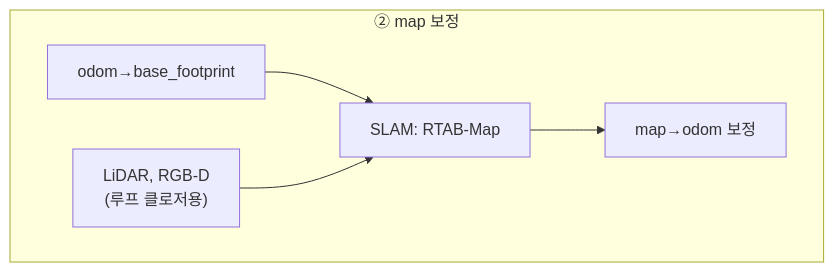
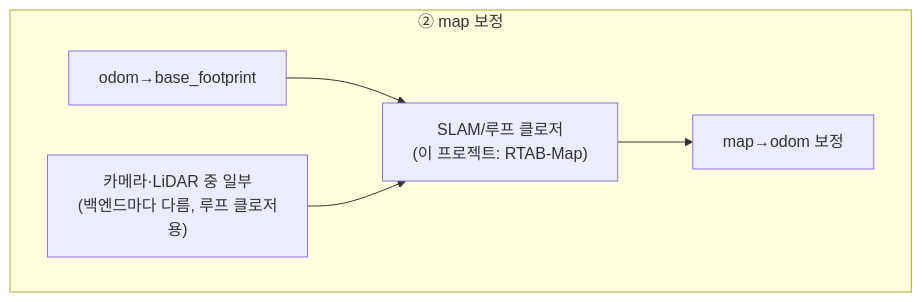
The second of 6 diagrams in 7_드론 적용 Part E/E0_지상로봇과_드론은_무엇이_다른가.md (codebaragi23/ROS2-doc), drawn with Mermaid before and after one commit. The commit also changed other lines of this file, not shown here.

First line of the commit message:
fix: E0 map 보정 단계의 루프 클로저 센서를 백엔드 종속으로 일반화

````diff
--- a/7_드론 적용 Part E/E0_지상로봇과_드론은_무엇이_다른가.md
+++ b/7_드론 적용 Part E/E0_지상로봇과_드론은_무엇이_다른가.md
@@ -78,9 +78,10 @@
 ```mermaid
 flowchart TB
     subgraph GND2["② map 보정"]
-        GODOM2[odom→base_footprint] --> GSLAM["SLAM: RTAB-Map"]
-        GS["LiDAR, RGB-D
-(루프 클로저용)"] --> GSLAM
+        GODOM2[odom→base_footprint] --> GSLAM["SLAM/루프 클로저
+(이 프로젝트: RTAB-Map)"]
+        GS["카메라·LiDAR 중 일부
+(백엔드마다 다름, 루프 클로저용)"] --> GSLAM
         GSLAM --> GMAPODOM[map→odom 보정]
     end
 ```
````
